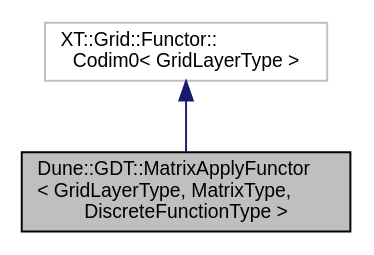
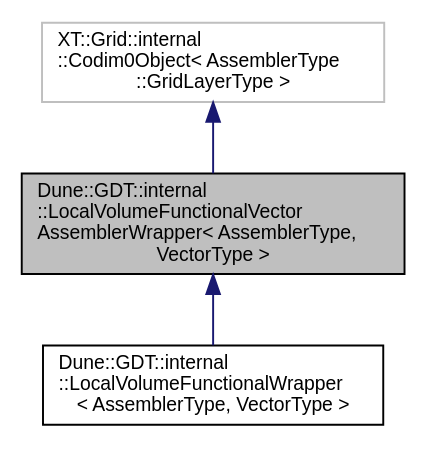
Before and after one commit to dune-community/dune-community.github.io: the diagram in docs/dune-gdt/master/a01131.dot, drawn with Graphviz. The commit also changed 4372 other files, not shown here.

Commit message:
Updated documentation for dune-gdt master

```diff
--- a/docs/dune-gdt/master/a01131.dot
+++ b/docs/dune-gdt/master/a01131.dot
@@ -1,8 +1,10 @@
-digraph "Dune::GDT::MatrixApplyFunctor&lt; GridLayerType, MatrixType, DiscreteFunctionType &gt;"
+digraph "Dune::GDT::internal::LocalVolumeFunctionalVectorAssemblerWrapper&lt; AssemblerType, VectorType &gt;"
 {
   edge [fontname="Helvetica",fontsize="10",labelfontname="Helvetica",labelfontsize="10"];
   node [fontname="Helvetica",fontsize="10",shape=record];
-  Node1 [label="Dune::GDT::MatrixApplyFunctor\l\< GridLayerType, MatrixType,\l DiscreteFunctionType \>",height=0.2,width=0.4,color="black", fillcolor="grey75", style="filled", fontcolor="black"];
-  Node2 -> Node1 [dir="back",color="midnightblue",fontsize="10",style="solid",fontname="Helvetica"];
-  Node2 [label="XT::Grid::Functor::\lCodim0\< GridLayerType \>",height=0.2,width=0.4,color="grey75", fillcolor="white", style="filled"];
+  Node0 [label="Dune::GDT::internal\l::LocalVolumeFunctionalVector\lAssemblerWrapper\< AssemblerType,\l VectorType \>",height=0.2,width=0.4,color="black", fillcolor="grey75", style="filled", fontcolor="black"];
+  Node1 -> Node0 [dir="back",color="midnightblue",fontsize="10",style="solid",fontname="Helvetica"];
+  Node1 [label="XT::Grid::internal\l::Codim0Object\< AssemblerType\l::GridLayerType \>",height=0.2,width=0.4,color="grey75", fillcolor="white", style="filled"];
+  Node0 -> Node2 [dir="back",color="midnightblue",fontsize="10",style="solid",fontname="Helvetica"];
+  Node2 [label="Dune::GDT::internal\l::LocalVolumeFunctionalWrapper\l\< AssemblerType, VectorType \>",height=0.2,width=0.4,color="black", fillcolor="white", style="filled",URL="$a01140.html"];
 }
```
